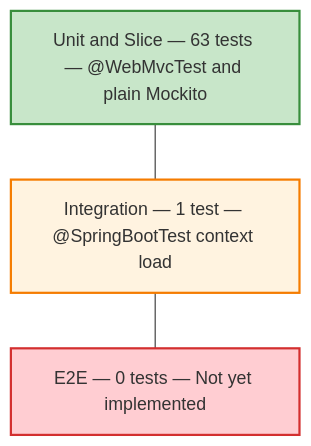
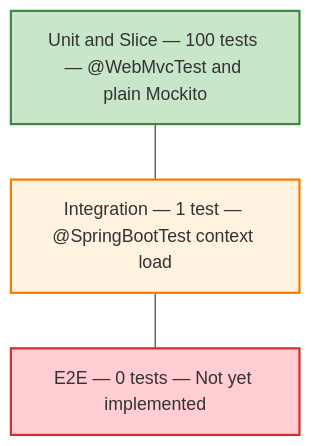
One commit to Keglev/stockease changed the diagram in docs/architecture/testing/pyramid.md. Above: the diagram before and after it, drawn with Mermaid. The commit also changed other lines of this file and 8 other files, not shown here.

````diff
--- a/docs/architecture/testing/pyramid.md
+++ b/docs/architecture/testing/pyramid.md
@@ -9,13 +9,13 @@
 ```mermaid
 graph TD
     A["E2E — 0 tests — Not yet implemented"]
     B["Integration — 1 test — @SpringBootTest context load"]
-    C["Unit and Slice — 63 tests — @WebMvcTest and plain Mockito"]
+    C["Unit and Slice — 100 tests — @WebMvcTest and plain Mockito"]
 
     C --- B
     B --- A
 
     style A fill:#ffcdd2,stroke:#d32f2f,stroke-width:2px
     style B fill:#fff3e0,stroke:#f57c00,stroke-width:2px
     style C fill:#c8e6c9,stroke:#388e3c,stroke-width:2px
 ```
````
